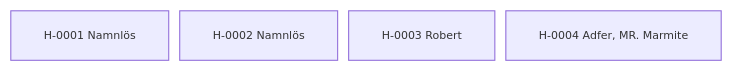
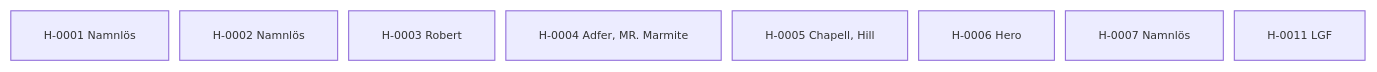
Before and after one commit to awoltmp/horse-registry: the diagram in content/02. Register/02.3 Stamtavlor/Fristående hästar.md, drawn with Mermaid. The commit also changed other lines of this file and 43 other files, not shown here.

````diff
--- a/content/02. Register/02.3 Stamtavlor/Fristående hästar.md
+++ b/content/02. Register/02.3 Stamtavlor/Fristående hästar.md
@@ -26,9 +26,13 @@
 ```mermaid
 %%{init: {"flowchart": {"nodeSpacing": 10, "rankSpacing": 18, "curve": "basis", "htmlLabels": true}, "themeVariables": {"fontSize": "10px"}}}%%
 flowchart TB
     h0["H-0001 Namnlös"]
     h1["H-0002 Namnlös"]
     h2["H-0003 Robert"]
     h3["H-0004 Adfer, MR. Marmite"]
-    class h0,h1,h2,h3 internal-link;
+    h4["H-0005 Chapell, Hill"]
+    h5["H-0006 Hero"]
+    h6["H-0007 Namnlös"]
+    h7["H-0011 LGF"]
+    class h0,h1,h2,h3,h4,h5,h6,h7 internal-link;
 ```
````
